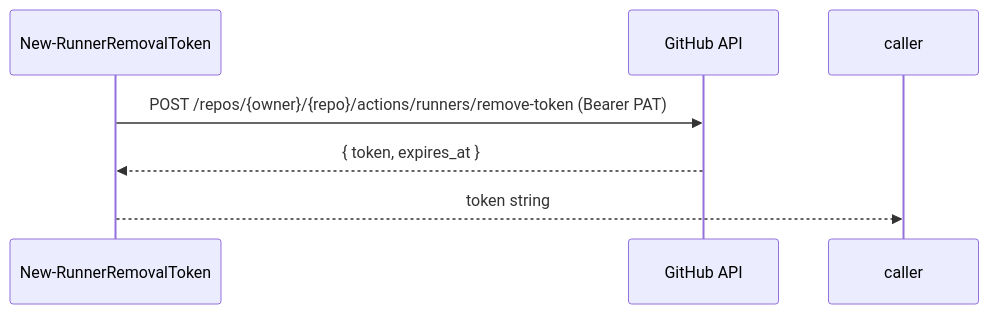
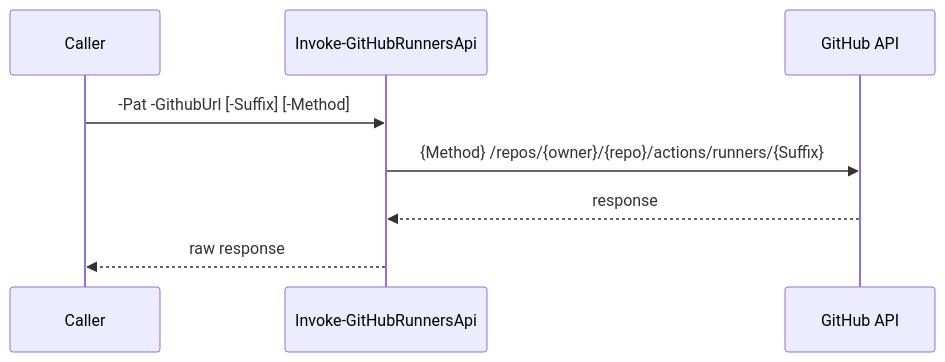
One commit to VitaliiAndreev/Infrastructure-GitHubRunners changed the first of 7 diagrams in docs/dev/implementation/02 - deregister runners/plan.md. Above: the diagram before and after it, drawn with Mermaid. The commit also changed other lines of this file, not shown here.

````diff
--- a/docs/dev/implementation/02 - deregister runners/plan.md
+++ b/docs/dev/implementation/02 - deregister runners/plan.md
@@ -112,9 +138,11 @@
 ```mermaid
 sequenceDiagram
-    participant F as New-RunnerRemovalToken
+    participant C as Caller
+    participant A as Invoke-GitHubRunnersApi
     participant GH as GitHub API
 
-    F->>GH: POST /repos/{owner}/{repo}/actions/runners/remove-token (Bearer PAT)
-    GH-->>F: { token, expires_at }
-    F-->>caller: token string
+    C->>A: -Pat -GithubUrl [-Suffix] [-Method]
+    A->>GH: {Method} /repos/{owner}/{repo}/actions/runners/{Suffix}
+    GH-->>A: response
+    A-->>C: raw response
 ```
````
